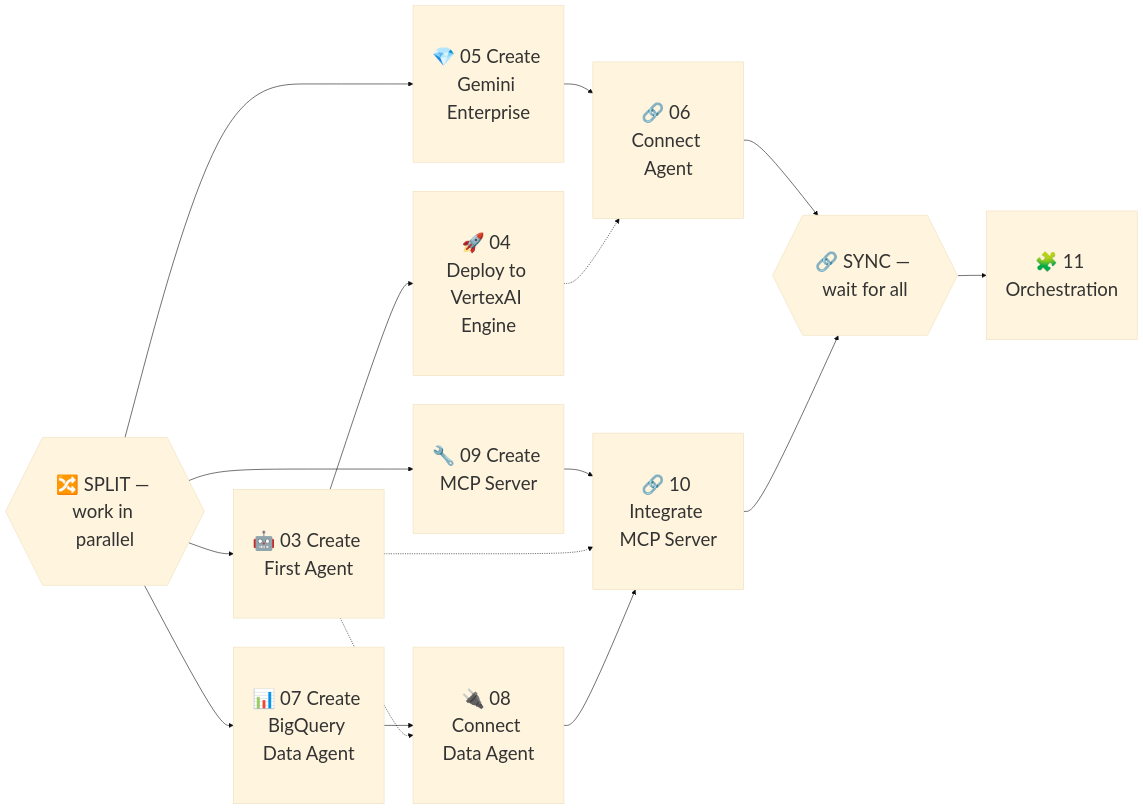
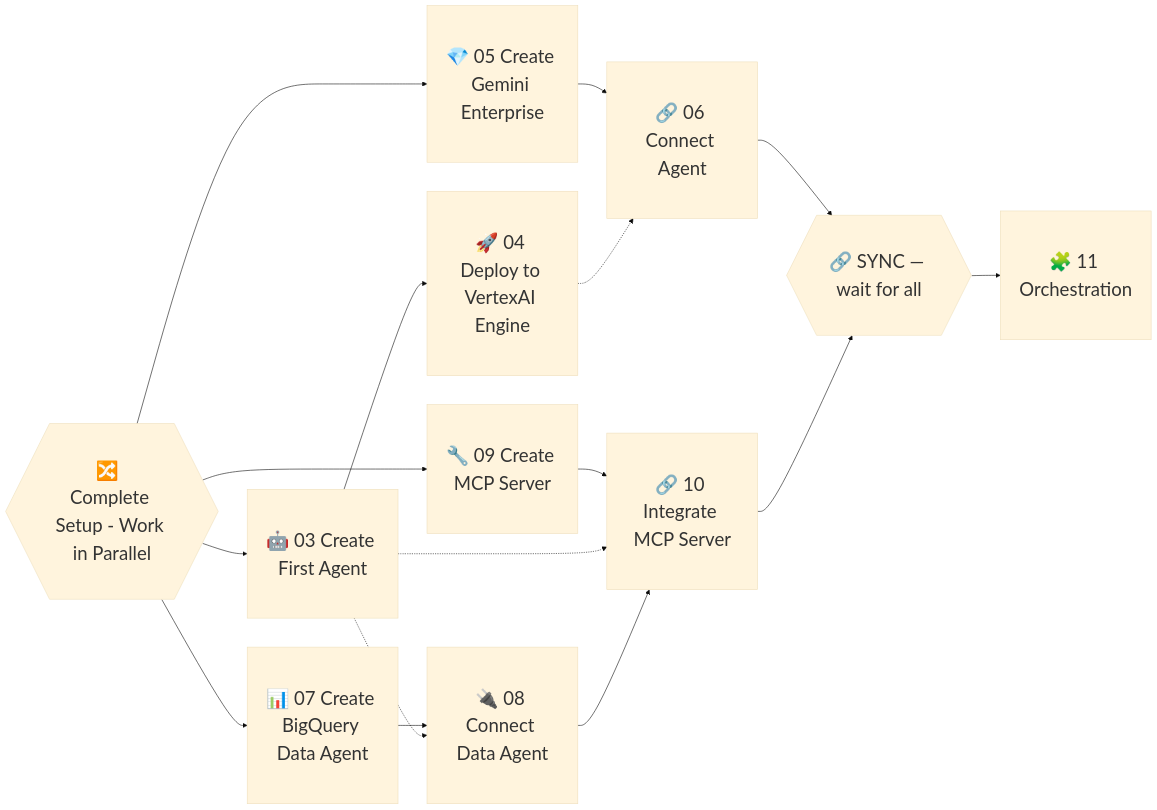
The diagram in agent-lab/01-introduction.md (edemir/shimmering-cassini), drawn with Mermaid (base theme) before and after one commit. The commit also changed other lines of this file and 3 other files, not shown here.

````diff
--- a/agent-lab/01-introduction.md
+++ b/agent-lab/01-introduction.md
@@ -7,28 +27,28 @@
 ```mermaid
 flowchart LR
     classDef default font-size:32px,padding:10px
 
-    SPLIT{{"🔀 SPLIT — work in parallel"}}
+    SPLIT{{"🔀  Complete Setup - Work in Parallel"}}
     
     SPLIT --> B["🤖 03 Create First Agent"]
     B --> C["🚀 04 Deploy to VertexAI Engine"]
     
     SPLIT --> D["💎 05 Create Gemini Enterprise"]
     D --> E["🔗 06 Connect Agent"]
     
     SPLIT --> F["📊 07 Create BigQuery Data Agent"]
     F --> G["🔌 08 Connect Data Agent"]
     
     SPLIT --> H["🔧 09 Create MCP Server"]
     H --> I["🔗 10 Integrate MCP Server"]
     
     C -.-> E
     B -.-> G
     B -.-> I
     
     E --> SYNC{{"🔗 SYNC — wait for all"}}
     G --> I
     I --> SYNC
     
     SYNC --> J["🧩 11 Orchestration"]
 ```
````
